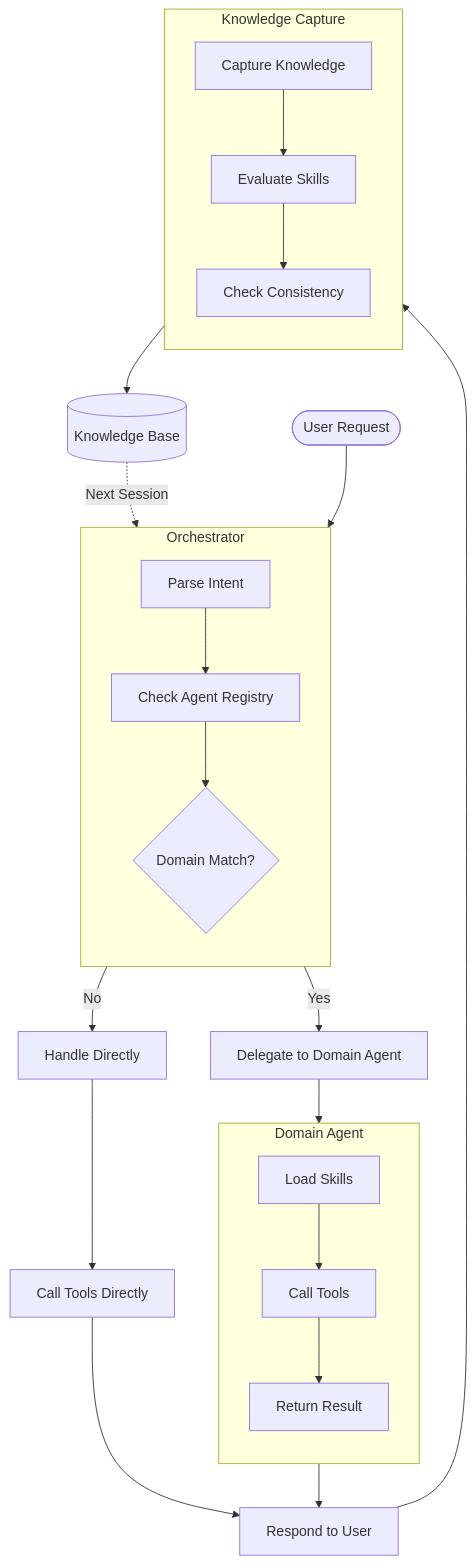
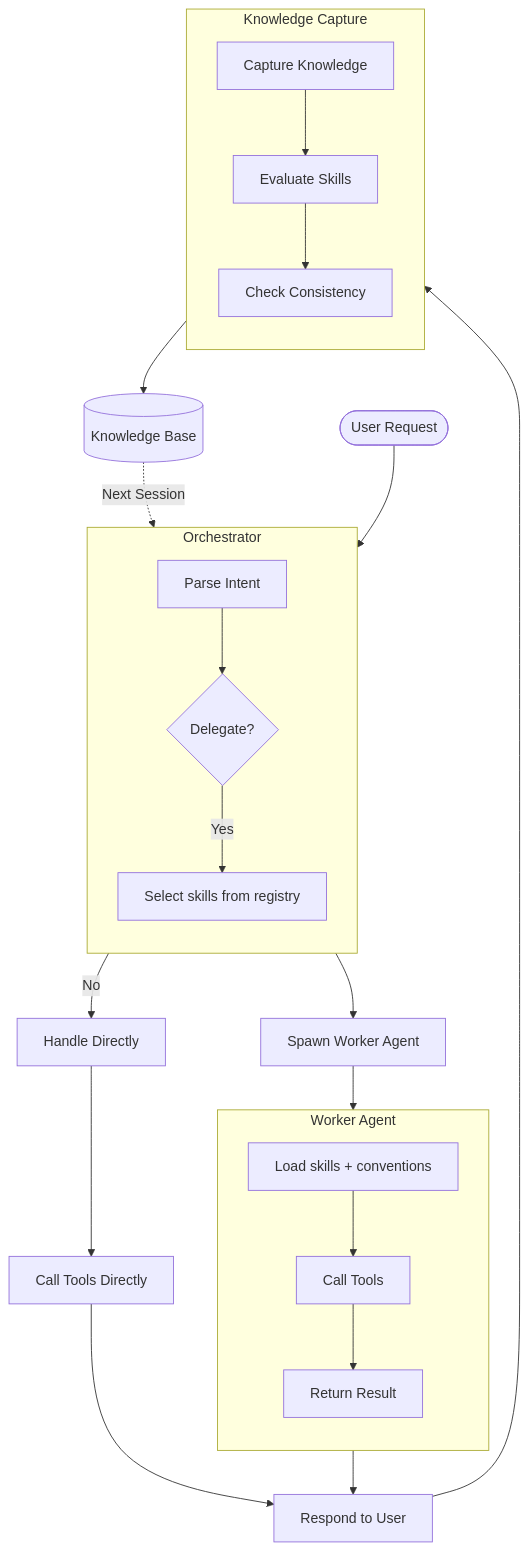
The first of 5 diagrams in docs/how-it-works.md (lorehq/lore-docs), drawn with Mermaid before and after one commit. The commit also changed other lines of this file and 5 other files, not shown here.

First line of the commit message:
Drop domain references from docs, update to worker model language

````diff
--- a/docs/how-it-works.md
+++ b/docs/how-it-works.md
@@ -11,35 +11,35 @@
 ```mermaid
 flowchart TB
     User([User Request]) --> Orchestrator
 
     subgraph Orchestrator["Orchestrator"]
         direction TB
-        Parse[Parse Intent] --> Registry[Check Agent Registry]
-        Registry --> Decide{Domain Match?}
+        Parse[Parse Intent] --> Decide{Delegate?}
+        Decide -->|Yes| Select[Select skills from registry]
     end
 
-    Decide -->|Yes| Delegate[Delegate to Domain Agent]
     Decide -->|No| Direct[Handle Directly]
+    Select --> Spawn[Spawn Worker Agent]
 
-    subgraph Agent["Domain Agent"]
+    subgraph Worker["Worker Agent"]
         direction TB
-        Skills[Load Skills] --> Tools[Call Tools]
+        Load[Load skills + conventions] --> Tools[Call Tools]
         Tools --> Result[Return Result]
     end
 
-    Delegate --> Agent
+    Spawn --> Worker
     Direct --> Tools2[Call Tools Directly]
-    Agent --> Respond[Respond to User]
+    Worker --> Respond[Respond to User]
     Tools2 --> Respond
 
     Respond --> Capture
 
     subgraph Capture["Knowledge Capture"]
         direction TB
         H1[Capture Knowledge] --> H2[Evaluate Skills]
         H2 --> H3[Check Consistency]
     end
 
     Capture --> KB[(Knowledge Base)]
     KB -.->|Next Session| Parse
 ```
````
